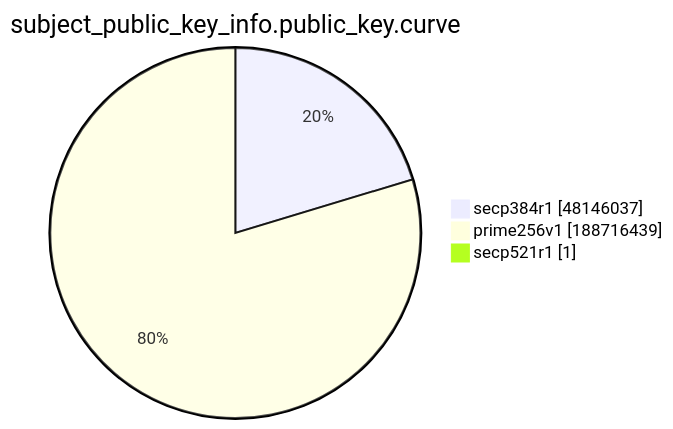
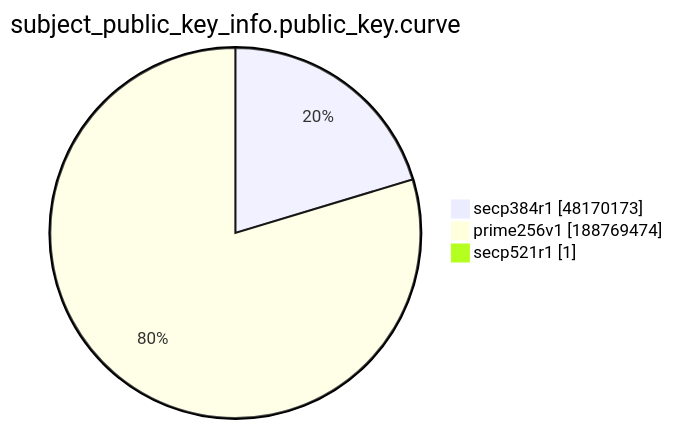
The ninth of 15 diagrams in xenon2022/README.md (christiankrug/ctmonitor_visualization), drawn with Mermaid before and after one commit. The commit also changed other lines of this file, not shown here.

````diff
--- a/xenon2022/README.md
+++ b/xenon2022/README.md
@@ -2874,7 +2874,7 @@
 ```mermaid
 pie showData
 title subject_public_key_info.public_key.curve
-"secp384r1" :48146037
-"prime256v1" :188716439
+"secp384r1" :48170173
+"prime256v1" :188769474
 "secp521r1" :1
 ```
````
